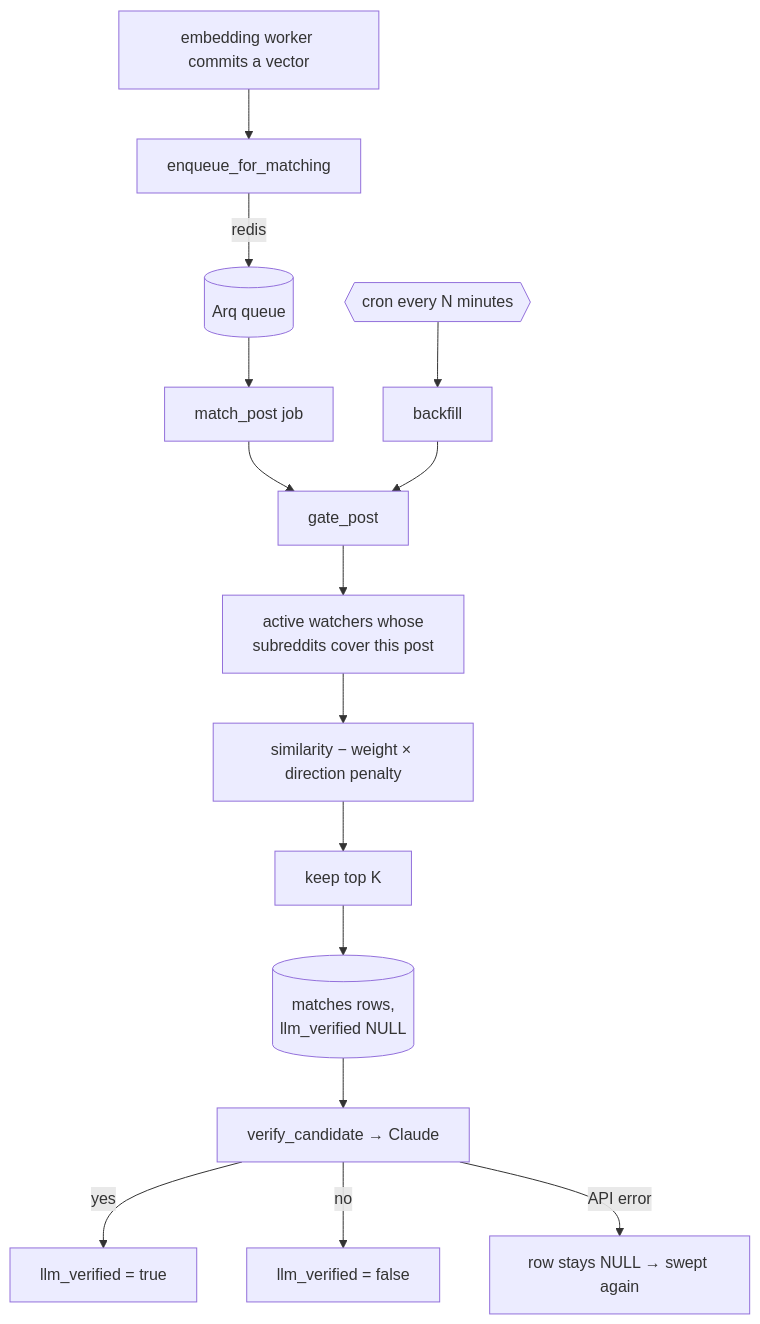
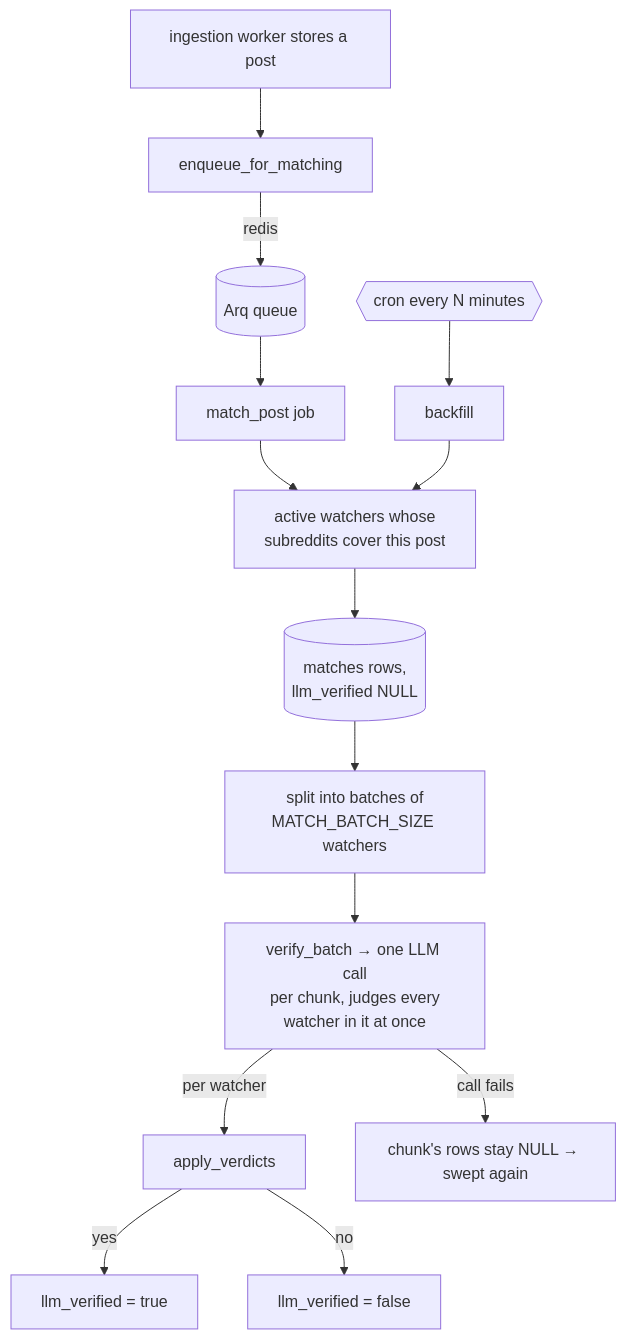
The diagram in docs/matcher/README.md (d-tech-solutions/reddit_lead), drawn with Mermaid before and after one commit. The commit also changed other lines of this file and 17 other files, not shown here.

````diff
--- a/docs/matcher/README.md
+++ b/docs/matcher/README.md
@@ -28,17 +26,16 @@
 ```mermaid
 flowchart TD
-    Embed[embedding worker commits a vector] --> Enq[enqueue_for_matching]
+    Ingest[ingestion worker stores a post] --> Enq[enqueue_for_matching]
     Enq -->|redis| Q[(Arq queue)]
     Q --> Job[match_post job]
     Cron{{cron every N minutes}} --> Sweep[backfill]
-    Job --> Gate
-    Sweep --> Gate[gate_post]
-    Gate --> Find[active watchers whose<br/>subreddits cover this post]
-    Find --> Score[similarity − weight × direction penalty]
-    Score --> TopK[keep top K]
-    TopK --> Write[(matches rows,<br/>llm_verified NULL)]
-    Write --> Verify[verify_candidate → Claude]
-    Verify -->|yes| Confirmed[llm_verified = true]
-    Verify -->|no| Rejected[llm_verified = false]
-    Verify -->|API error| Leave[row stays NULL → swept again]
+    Job --> Find[active watchers whose<br/>subreddits cover this post]
+    Sweep --> Find
+    Find --> Placeholder[(matches rows,<br/>llm_verified NULL)]
+    Placeholder --> Chunk[split into batches of<br/>MATCH_BATCH_SIZE watchers]
+    Chunk --> Verify[verify_batch → one LLM call<br/>per chunk, judges every<br/>watcher in it at once]
+    Verify -->|per watcher| Apply[apply_verdicts]
+    Apply -->|yes| Confirmed[llm_verified = true]
+    Apply -->|no| Rejected[llm_verified = false]
+    Verify -->|call fails| Leave[chunk's rows stay NULL → swept again]
 ```
````
